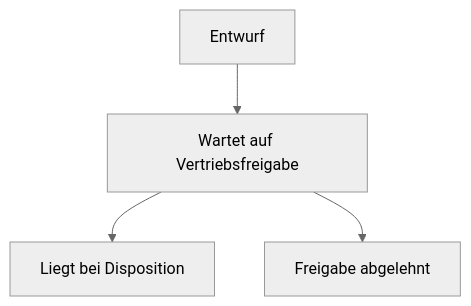
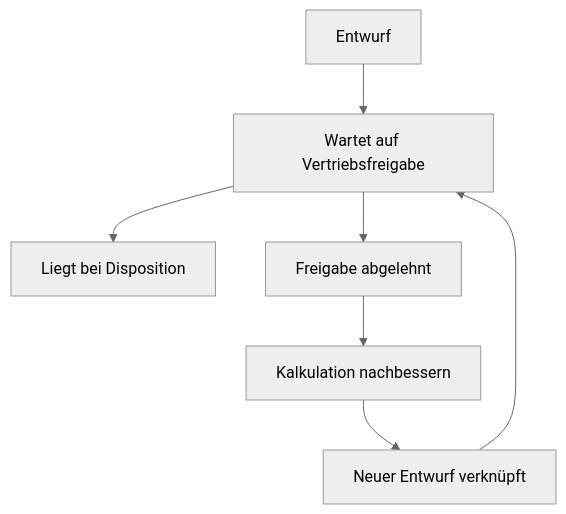
The second of 2 diagrams in docs/workflows-und-berechtigungen.md (MORE-m/dispo), drawn with Mermaid (neutral theme) before and after one commit. The commit also changed other lines of this file and 4 other files, not shown here.

````diff
--- a/docs/workflows-und-berechtigungen.md
+++ b/docs/workflows-und-berechtigungen.md
@@ -88,6 +89,9 @@
 ```mermaid
 flowchart TD
     A[Entwurf] --> B[Wartet auf Vertriebsfreigabe]
     B --> C[Liegt bei Disposition]
     B --> D[Freigabe abgelehnt]
+    D --> E[Kalkulation nachbessern]
+    E --> F[Neuer Entwurf verknüpft]
+    F --> B
 ```
````
